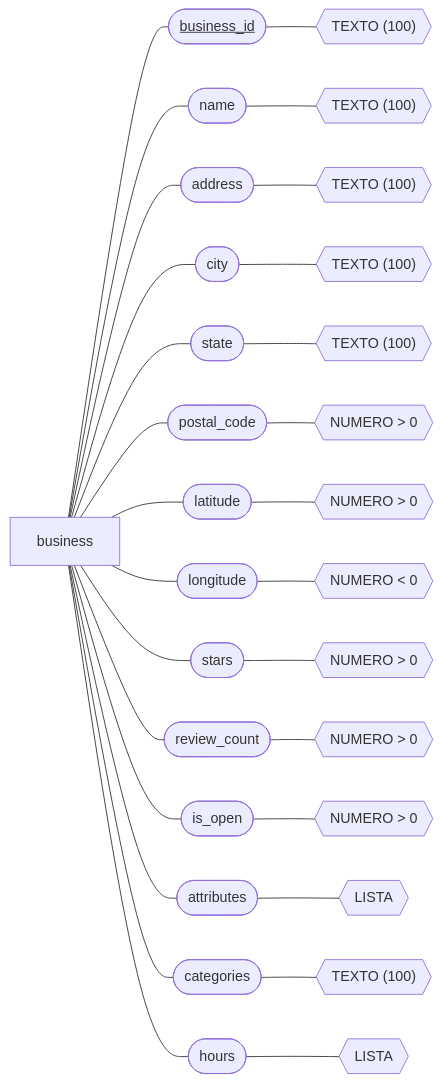
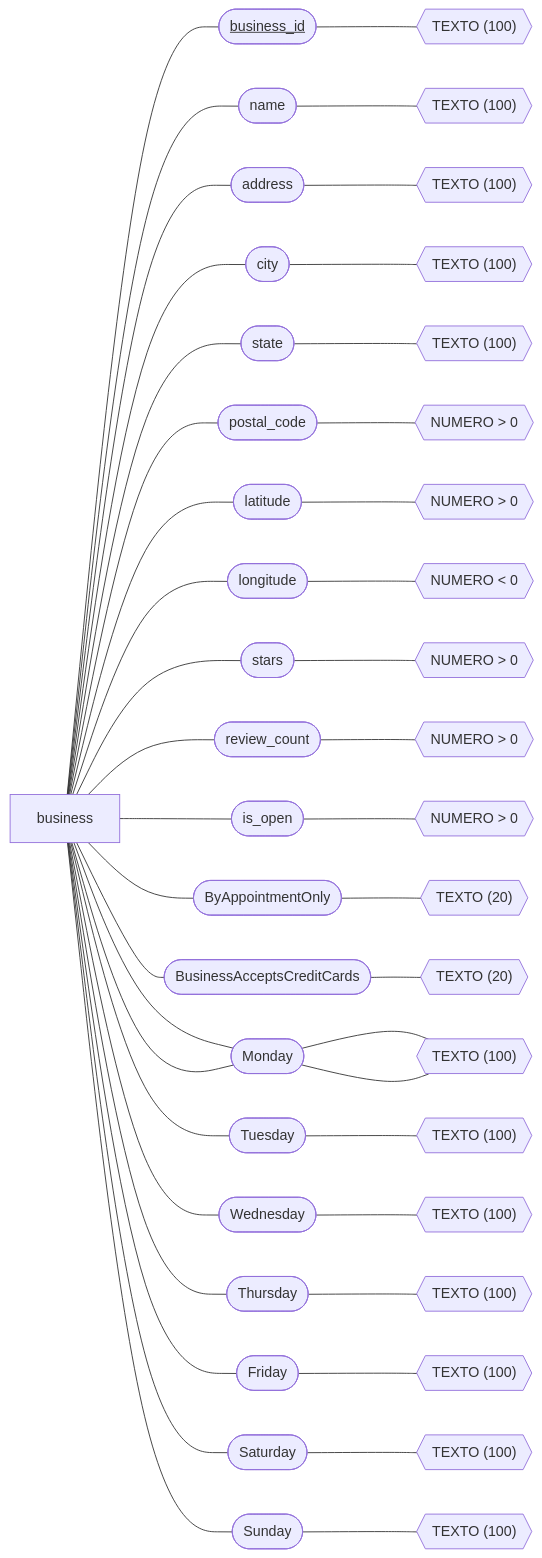
Before and after one commit to fer98morales/BDR: the second of 6 diagrams in Tareas/Tarea2.md, drawn with Mermaid. The commit also changed other lines of this file, not shown here.

````diff
--- a/Tareas/Tarea2.md
+++ b/Tareas/Tarea2.md
@@ -23,18 +22,25 @@
 ```mermaid
 flowchart LR
 Entidad1[business]
-Entidad1 --- E1_Atributo1([<u>business_id</u>]) --- E1_D1{{"TEXTO (100)"}}
-Entidad1 --- E1_Atributo2([name]) --- E1_D2{{"TEXTO (100)"}}
-Entidad1 --- E1_Atributo3([address]) --- E1_D3{{"TEXTO (100)"}}
-Entidad1 --- E1_Atributo4([city]) --- E1_D4{{"TEXTO (100)"}}
-Entidad1 --- E1_Atributo5([state]) --- E1_D5{{"TEXTO (100)"}}
-Entidad1 --- E1_Atributo6([postal_code]) --- E1_D6{{"NUMERO > 0"}}
-Entidad1 --- E1_Atributo7([latitude]) --- E1_D7{{"NUMERO > 0"}}
-Entidad1 --- E1_Atributo8([longitude]) --- E1_D8{{"NUMERO < 0"}}
-Entidad1 --- E1_Atributo9([stars]) --- E1_D9{{"NUMERO > 0"}}
-Entidad1 --- E1_Atributo10([review_count]) --- E1_D10{{"NUMERO > 0"}}
-Entidad1 --- E1_Atributo11([is_open]) --- E1_D11{{"NUMERO > 0"}}
-Entidad1 --- E1_Atributo12([attributes]) --- E1_D12{{LISTA}}
-Entidad1 --- E1_Atributo13([categories]) --- E1_D13{{"TEXTO (100)"}}
-Entidad1 --- E1_Atributo14([hours]) --- E1_D14{{LISTA}}
+    Entidad1 --- E1_Atributo1([<u>business_id</u>]) --- E1_D1{{"TEXTO (100)"}}
+    Entidad1 --- E1_Atributo2([name]) --- E1_D2{{"TEXTO (100)"}}
+    Entidad1 --- E1_Atributo3([address]) --- E1_D3{{"TEXTO (100)"}}
+    Entidad1 --- E1_Atributo4([city]) --- E1_D4{{"TEXTO (100)"}}
+    Entidad1 --- E1_Atributo5([state]) --- E1_D5{{"TEXTO (100)"}}
+    Entidad1 --- E1_Atributo6([postal_code]) --- E1_D6{{"NUMERO > 0"}}
+    Entidad1 --- E1_Atributo7([latitude]) --- E1_D7{{"NUMERO > 0"}}
+    Entidad1 --- E1_Atributo8([longitude]) --- E1_D8{{"NUMERO < 0"}}
+    Entidad1 --- E1_Atributo9([stars]) --- E1_D9{{"NUMERO > 0"}}
+    Entidad1 --- E1_Atributo10([review_count]) --- E1_D10{{"NUMERO > 0"}}
+    Entidad1 --- E1_Atributo11([is_open]) --- E1_D11{{"NUMERO > 0"}}
+    Entidad1 --- E1_Atributo12([ByAppointmentOnly]) --- E1_D12{{"TEXTO (20)"}}
+    Entidad1 --- E1_Atributo13([BusinessAcceptsCreditCards]) --- E1_D13{{"TEXTO (20)"}}
+    Entidad1 --- E1_Atributo14([categories]) --- E1_D14{{"TEXTO (100)"}}
+    Entidad1 --- E1_Atributo14([Monday]) --- E1_D14{{"TEXTO (100)"}}
+    Entidad1 --- E1_Atributo15([Tuesday]) --- E1_D15{{"TEXTO (100)"}}
+    Entidad1 --- E1_Atributo16([Wednesday]) --- E1_D16{{"TEXTO (100)"}}
+    Entidad1 --- E1_Atributo17([Thursday]) --- E1_D17{{"TEXTO (100)"}}
+    Entidad1 --- E1_Atributo18([Friday]) --- E1_D18{{"TEXTO (100)"}}
+    Entidad1 --- E1_Atributo19([Saturday]) --- E1_D19{{"TEXTO (100)"}}
+    Entidad1 --- E1_Atributo20([Sunday]) --- E1_D20{{"TEXTO (100)"}}
 ```
````
